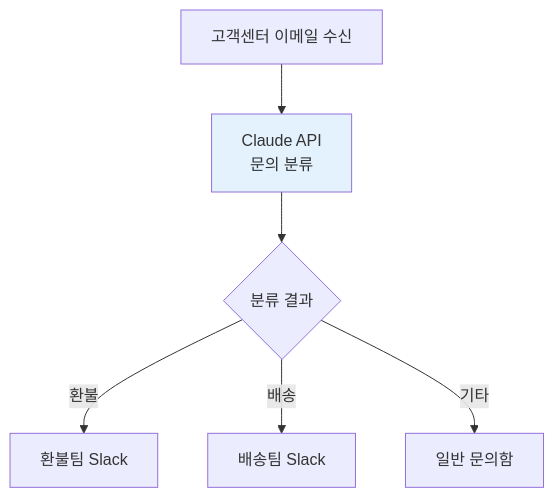
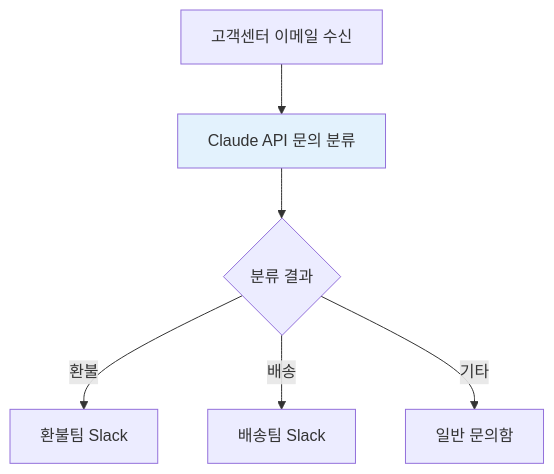
The eighth of 8 diagrams in 02-literacy/26-nocode.md (Kanghyeop/pages-book-agent101), drawn with Mermaid before and after one commit. The commit also changed other lines of this file and 48 other files, not shown here.

First line of the commit message:
fix: Mermaid 렌더링 + SVG 경로 수정

````diff
--- a/02-literacy/26-nocode.md
+++ b/02-literacy/26-nocode.md
@@ -227,10 +227,10 @@
 ```mermaid
 flowchart TB
-    A[고객센터 이메일 수신] --> B["Claude API<br/>문의 분류"]
+    A[고객센터 이메일 수신] --> B["Claude API 문의 분류"]
     B --> C{분류 결과}
     C -->|환불| D[환불팀 Slack]
     C -->|배송| E[배송팀 Slack]
     C -->|기타| F[일반 문의함]
 
     style B fill:#E3F2FD
 ```
````
